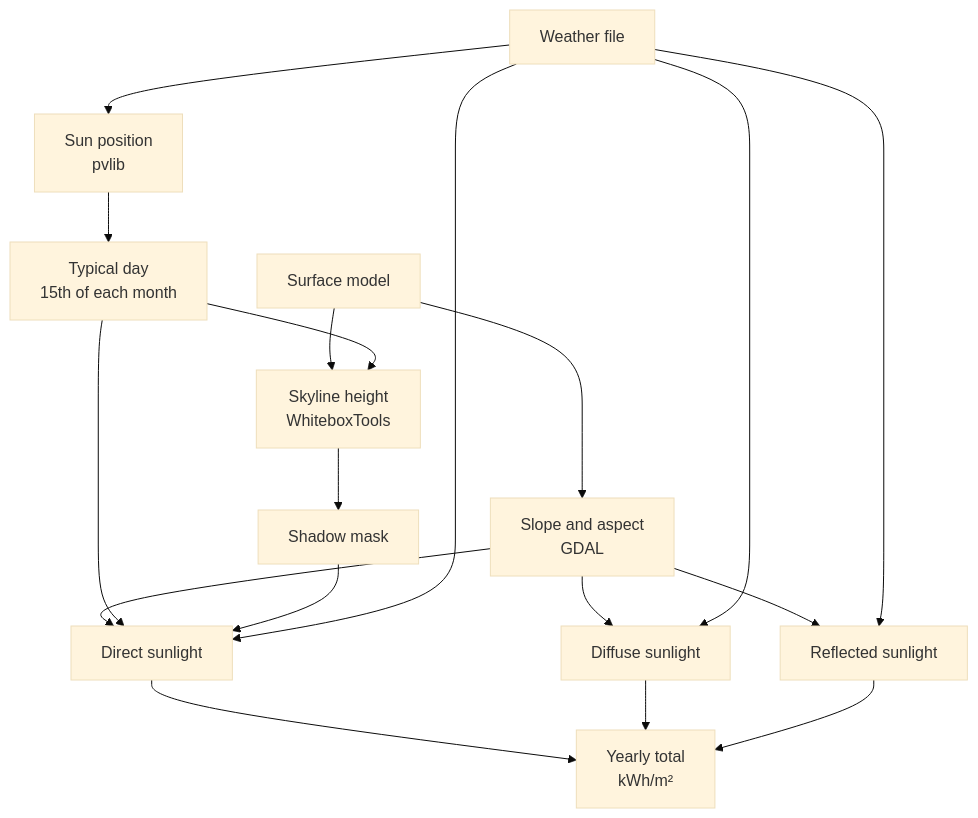
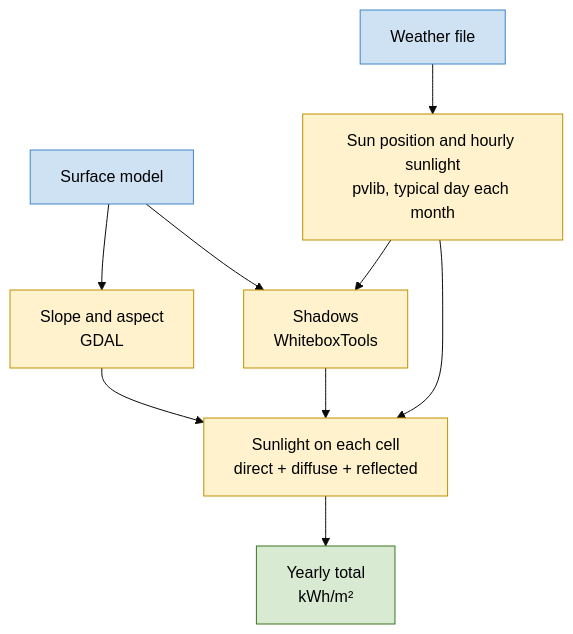
Before and after one commit to University-of-Tasmania-GPSS/AT3_Group1_2026: the second of 3 diagrams in methods.md, drawn with Mermaid (base theme). The commit also changed other lines of this file and 1 other file, not shown here.

Commit message:
adding code snippets to python model

````diff
--- a/methods.md
+++ b/methods.md
@@ -152,20 +94,29 @@
 ```{mermaid}
 flowchart TD
-  A[Surface model] --> B[Slope and aspect<br>GDAL]
-  C[Weather file] --> D[Sun position<br>pvlib]
-  D --> E[Typical day<br>15th of each month]
-  A --> F[Skyline height<br>WhiteboxTools]
+  A[Surface model]
+  C[Weather file]
+
+  B[Slope and aspect<br>GDAL]
+  D[Sun position and hourly sunlight<br>pvlib, typical day each month]
+  E[Shadows<br>WhiteboxTools]
+
+  F[Sunlight on each cell<br>direct + diffuse + reflected]
+  G[Yearly total<br>kWh/m²]
+
+  A --> B
+  A --> E
+  C --> D
+  D --> E
+  B --> F
+  D --> F
   E --> F
-  F --> G[Shadow mask]
-  B --> H[Direct sunlight]
-  E --> H
-  G --> H
-  C --> H
-  B --> I[Diffuse sunlight]
-  C --> I
-  B --> J[Reflected sunlight]
-  C --> J
-  H --> K[Yearly total<br>kWh/m²]
-  I --> K
-  J --> K
+  F --> G
+
+  classDef input fill:#cfe2f3,stroke:#3d85c6,color:#000
+  classDef python fill:#fff2cc,stroke:#bf9000,color:#000
+  classDef output fill:#d9ead3,stroke:#38761d,color:#000
+
+  class A,C input
+  class B,D,E,F python
+  class G output
 ```
````
